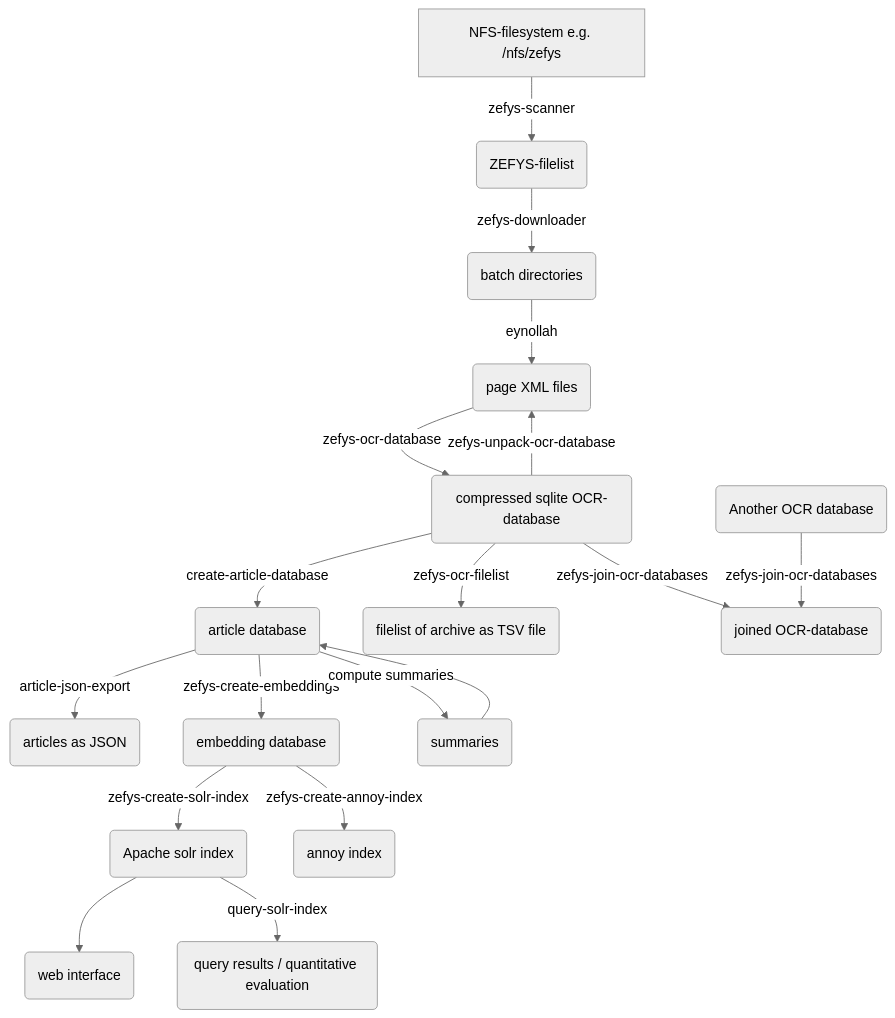
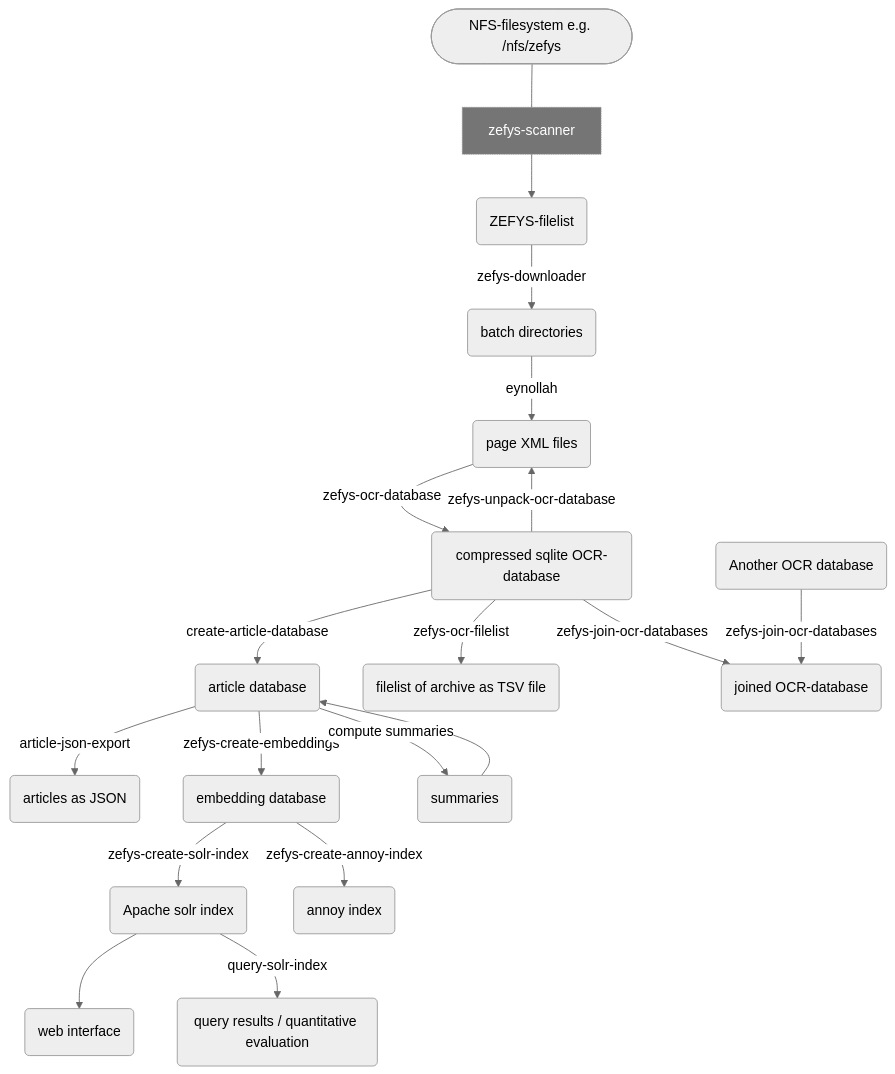
One commit to qurator-spk/RAC changed the diagram in README.md. Above: the diagram before and after it, drawn with Mermaid (neutral theme).

Commit message:
improve docu

````diff
--- a/README.md
+++ b/README.md
@@ -63,19 +63,27 @@
 ```mermaid
 graph TD
-    NFS[NFS-filesystem e.g. /nfs/zefys] -->|zefys-scanner| ZEFYS-FILELIST(ZEFYS-filelist)
+    NFS([NFS-filesystem e.g. /nfs/zefys]) --- zefys-scanner[zefys-scanner]
+    zefys-scanner --> ZEFYS-FILELIST(ZEFYS-filelist)
     ZEFYS-FILELIST -->|zefys-downloader| BATCH-DIRECTORIES(batch directories)
     BATCH-DIRECTORIES -->|eynollah| PAGE-XMLS(page XML files)
     PAGE-XMLS -->|zefys-ocr-database| OCR-DATABASE(compressed sqlite OCR-database)
     OCR-DATABASE -->|create-article-database| ARTICLE-DATABASE(article database)
     ARTICLE-DATABASE -->|article-json-export| ARTICLE-JSON(articles as JSON)
     OCR-DATABASE -->|zefys-unpack-ocr-database| PAGE-XMLS
     OCR-DATABASE -->|zefys-ocr-filelist| OCR-FILELIST(filelist of archive as TSV file)
     OCR-DATABASE-2(Another OCR database) -->|zefys-join-ocr-databases| JOINED-OCR-DATABASE(joined OCR-database)
     OCR-DATABASE -->|zefys-join-ocr-databases| JOINED-OCR-DATABASE(joined OCR-database)
     ARTICLE-DATABASE -->|zefys-create-embeddings| EMBEDDING-DATABASE(embedding database)
     ARTICLE-DATABASE -->|compute summaries| SUMMARIES(summaries) --> ARTICLE-DATABASE
     EMBEDDING-DATABASE -->|zefys-create-solr-index| SOLR-INDEX(Apache solr index)
     EMBEDDING-DATABASE -->|zefys-create-annoy-index| ANNOY-INDEX(annoy index)
     SOLR-INDEX --> WEB-INTERFACE(web interface)
     SOLR-INDEX -->|query-solr-index| QUERY-RESULT(query results / quantitative evaluation)
+    
+    zefys-scanner:::cli_tool
+    click zefys-scanner doc/CLI.md#zefys-scanner
+    
+    classDef cli_tool fill:#757575, color:#FFFFFF, stroke-width:1px, stroke-dasharray:1
+    
+     
 ```
````
